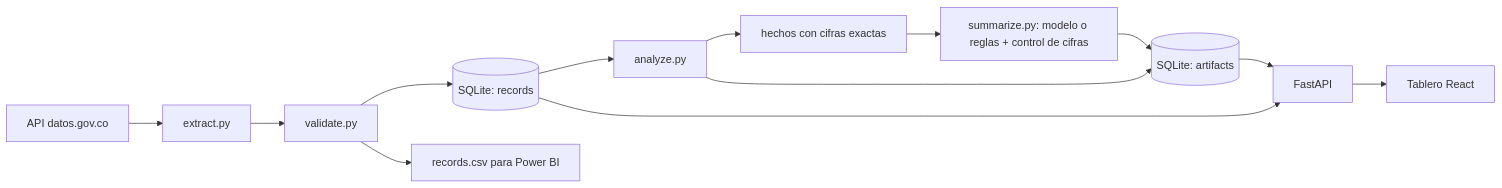
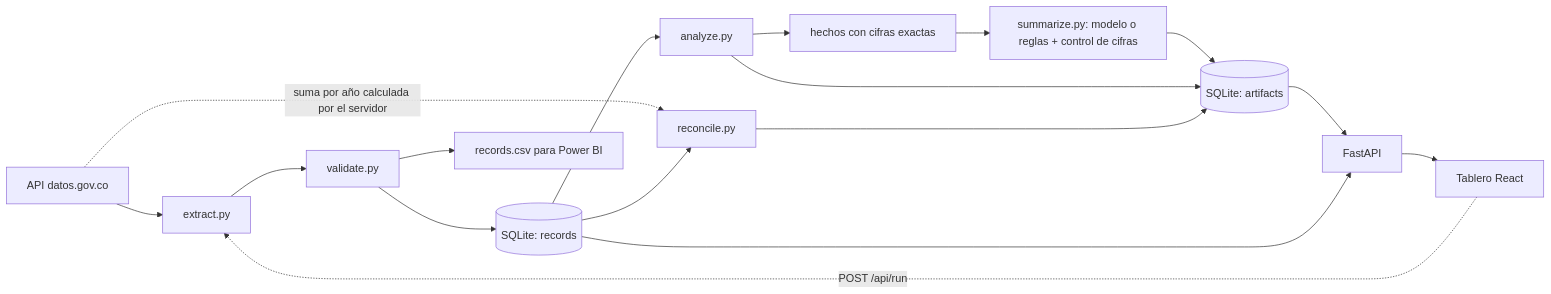
The diagram in README.md (JuanSGarciaC/datos-abiertos-colombia-educacion), drawn with Mermaid before and after one commit. The commit also changed other lines of this file and 29 other files, not shown here.

````diff
--- a/README.md
+++ b/README.md
@@ -39,15 +65,19 @@
 ```mermaid
 flowchart LR
   S[API datos.gov.co] --> X[extract.py]
   X --> V[validate.py]
   V --> L[(SQLite: records)]
   V --> CSV[records.csv para Power BI]
   L --> A[analyze.py]
   A --> FA[hechos con cifras exactas]
   FA --> SU[summarize.py: modelo o reglas + control de cifras]
   SU --> AR[(SQLite: artifacts)]
   A --> AR
   AR --> API[FastAPI]
   L --> API
   API --> UI[Tablero React]
+  S -. suma por año calculada por el servidor .-> RC[reconcile.py]
+  L --> RC
+  RC --> AR
+  UI -. POST /api/run .-> X
 ```
````
